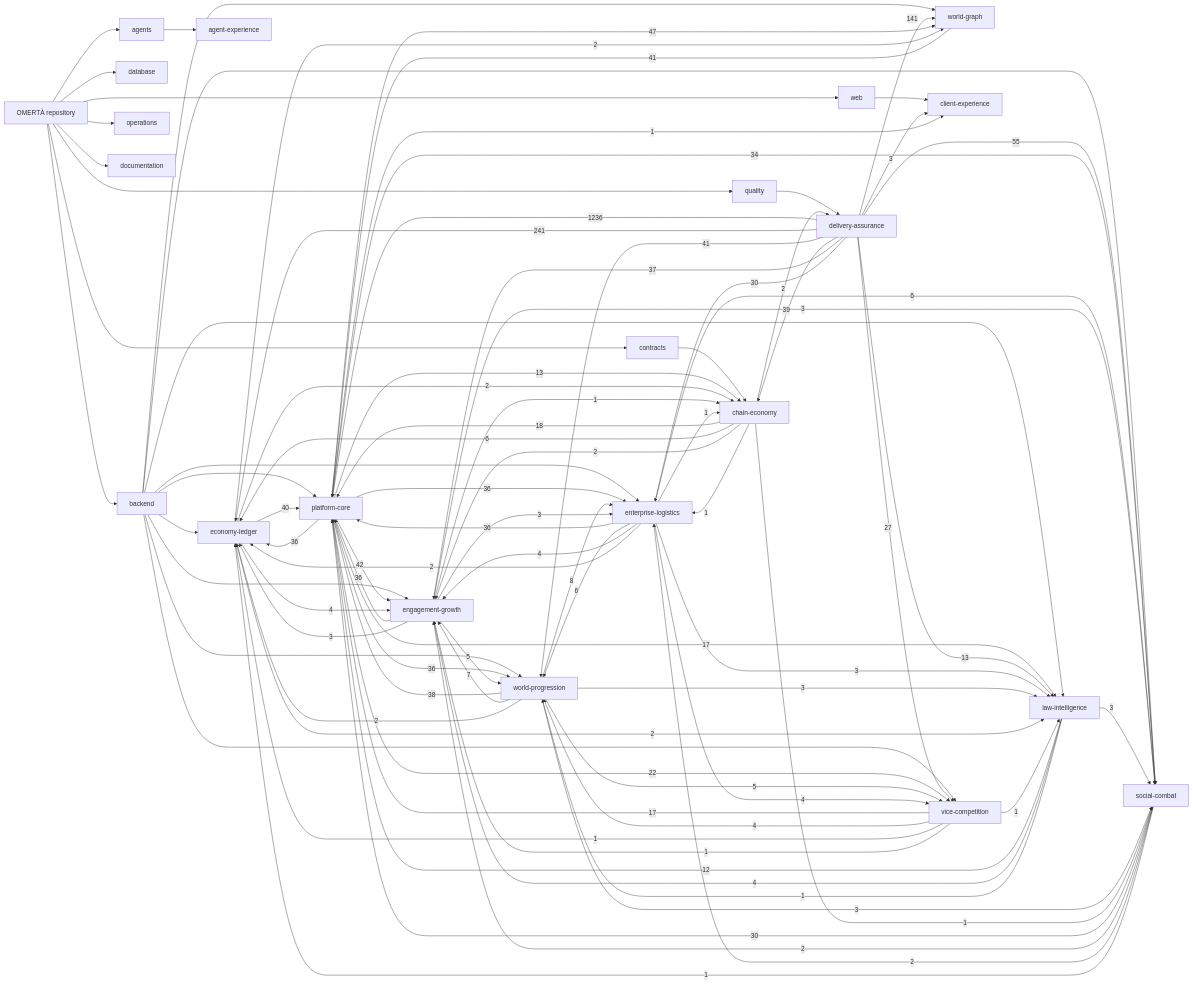
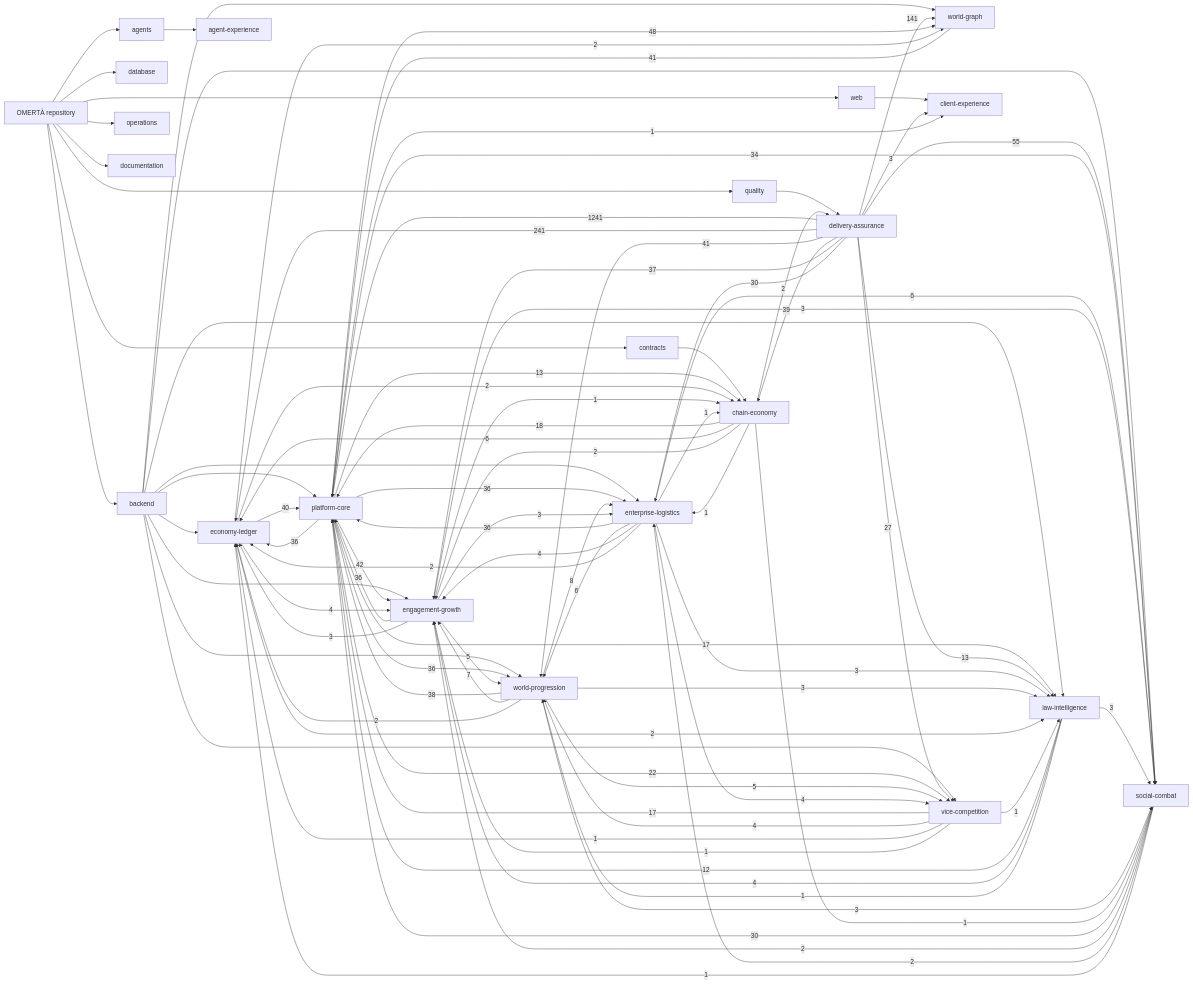
One commit to OmertaDev/Omerta changed the diagram in knowledge/generated/graph.mmd. Above: the diagram before and after it, drawn with Mermaid. The commit also changed 8 other files, not shown here.

```diff
--- a/knowledge/generated/graph.mmd
+++ b/knowledge/generated/graph.mmd
@@ -1,111 +1,111 @@
 flowchart LR
   repo["OMERTÀ repository"]
   sub_backend["backend"]
   repo --> sub_backend
   sub_database["database"]
   repo --> sub_database
   sub_web["web"]
   repo --> sub_web
   sub_contracts["contracts"]
   repo --> sub_contracts
   sub_agents["agents"]
   repo --> sub_agents
   sub_quality["quality"]
   repo --> sub_quality
   sub_operations["operations"]
   repo --> sub_operations
   sub_documentation["documentation"]
   repo --> sub_documentation
   dom_platform-core["platform-core"]
   dom_economy-ledger["economy-ledger"]
   dom_social-combat["social-combat"]
   dom_world-progression["world-progression"]
   dom_world-graph["world-graph"]
   dom_enterprise-logistics["enterprise-logistics"]
   dom_vice-competition["vice-competition"]
   dom_law-intelligence["law-intelligence"]
   dom_chain-economy["chain-economy"]
   dom_engagement-growth["engagement-growth"]
   dom_client-experience["client-experience"]
   dom_agent-experience["agent-experience"]
   dom_delivery-assurance["delivery-assurance"]
   sub_agents --> dom_agent-experience
   sub_backend --> dom_economy-ledger
   sub_backend --> dom_engagement-growth
   sub_backend --> dom_enterprise-logistics
   sub_backend --> dom_law-intelligence
   sub_backend --> dom_platform-core
   sub_backend --> dom_social-combat
   sub_backend --> dom_vice-competition
   sub_backend --> dom_world-graph
   sub_backend --> dom_world-progression
   sub_contracts --> dom_chain-economy
   sub_quality --> dom_delivery-assurance
   sub_web --> dom_client-experience
-  dom_delivery-assurance -->|1236| dom_platform-core
+  dom_delivery-assurance -->|1241| dom_platform-core
   dom_delivery-assurance -->|241| dom_economy-ledger
   dom_delivery-assurance -->|141| dom_world-graph
   dom_delivery-assurance -->|55| dom_social-combat
-  dom_platform-core -->|47| dom_world-graph
+  dom_platform-core -->|48| dom_world-graph
   dom_platform-core -->|42| dom_engagement-growth
   dom_delivery-assurance -->|41| dom_world-progression
   dom_world-graph -->|41| dom_platform-core
   dom_economy-ledger -->|40| dom_platform-core
   dom_delivery-assurance -->|39| dom_chain-economy
   dom_world-progression -->|38| dom_platform-core
   dom_delivery-assurance -->|37| dom_engagement-growth
   dom_engagement-growth -->|36| dom_platform-core
   dom_enterprise-logistics -->|36| dom_platform-core
   dom_platform-core -->|36| dom_economy-ledger
   dom_platform-core -->|36| dom_enterprise-logistics
   dom_platform-core -->|36| dom_world-progression
   dom_platform-core -->|34| dom_social-combat
   dom_delivery-assurance -->|30| dom_enterprise-logistics
   dom_social-combat -->|30| dom_platform-core
   dom_delivery-assurance -->|27| dom_vice-competition
   dom_platform-core -->|22| dom_vice-competition
   dom_chain-economy -->|18| dom_platform-core
   dom_platform-core -->|17| dom_law-intelligence
   dom_vice-competition -->|17| dom_platform-core
   dom_delivery-assurance -->|13| dom_law-intelligence
   dom_platform-core -->|13| dom_chain-economy
   dom_law-intelligence -->|12| dom_platform-core
   dom_world-progression -->|8| dom_enterprise-logistics
   dom_world-progression -->|7| dom_engagement-growth
   dom_chain-economy -->|6| dom_economy-ledger
   dom_enterprise-logistics -->|6| dom_social-combat
   dom_enterprise-logistics -->|6| dom_world-progression
   dom_engagement-growth -->|5| dom_world-progression
   dom_world-progression -->|5| dom_vice-competition
   dom_economy-ledger -->|4| dom_engagement-growth
   dom_enterprise-logistics -->|4| dom_engagement-growth
   dom_enterprise-logistics -->|4| dom_vice-competition
   dom_law-intelligence -->|4| dom_engagement-growth
   dom_vice-competition -->|4| dom_world-progression
   dom_delivery-assurance -->|3| dom_client-experience
   dom_engagement-growth -->|3| dom_economy-ledger
   dom_engagement-growth -->|3| dom_enterprise-logistics
   dom_engagement-growth -->|3| dom_social-combat
   dom_enterprise-logistics -->|3| dom_law-intelligence
   dom_law-intelligence -->|3| dom_social-combat
   dom_world-progression -->|3| dom_law-intelligence
   dom_world-progression -->|3| dom_social-combat
   dom_chain-economy -->|2| dom_delivery-assurance
   dom_chain-economy -->|2| dom_engagement-growth
   dom_economy-ledger -->|2| dom_chain-economy
   dom_economy-ledger -->|2| dom_law-intelligence
   dom_economy-ledger -->|2| dom_world-graph
   dom_enterprise-logistics -->|2| dom_economy-ledger
   dom_social-combat -->|2| dom_engagement-growth
   dom_social-combat -->|2| dom_enterprise-logistics
   dom_world-progression -->|2| dom_economy-ledger
   dom_chain-economy -->|1| dom_enterprise-logistics
   dom_chain-economy -->|1| dom_social-combat
   dom_engagement-growth -->|1| dom_chain-economy
   dom_enterprise-logistics -->|1| dom_chain-economy
   dom_law-intelligence -->|1| dom_world-progression
   dom_platform-core -->|1| dom_client-experience
   dom_social-combat -->|1| dom_economy-ledger
   dom_vice-competition -->|1| dom_economy-ledger
   dom_vice-competition -->|1| dom_engagement-growth
   dom_vice-competition -->|1| dom_law-intelligence
```
